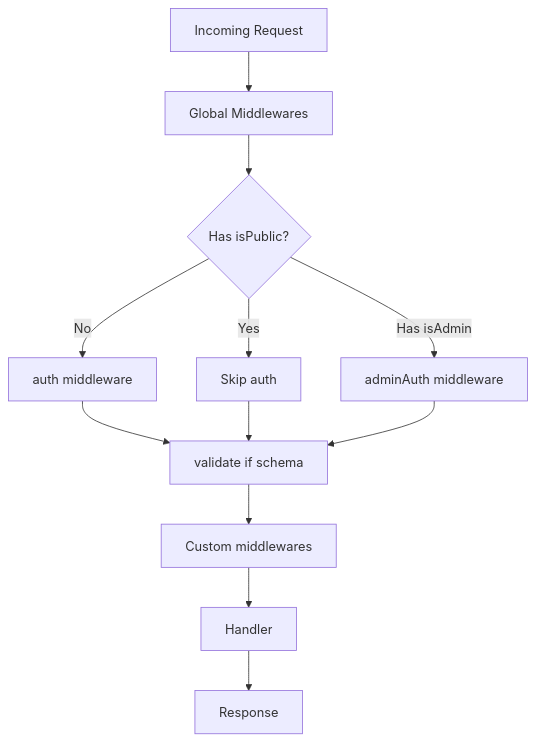
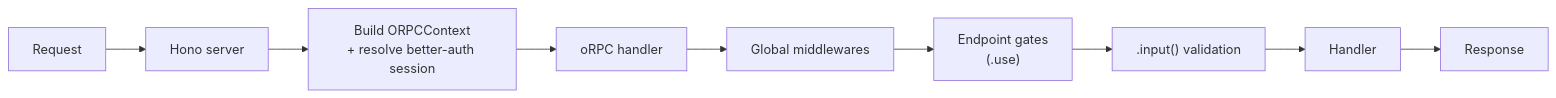
One commit to paralect/ship changed the diagram in docs/api-reference/routing/overview.mdx. Above: the diagram before and after it, drawn with Mermaid. The commit also changed other lines of this file and 601 other files, not shown here.

````diff
--- a/docs/api-reference/routing/overview.mdx
+++ b/docs/api-reference/routing/overview.mdx
@@ -9,14 +94,11 @@
 ```mermaid
-flowchart TD
-    A[Incoming Request] --> B[Global Middlewares]
-    B --> C{Has isPublic?}
-    C -->|Yes| D[Skip auth]
-    C -->|No| E[auth middleware]
-    C -->|Has isAdmin| F[adminAuth middleware]
-    E --> G[validate if schema]
-    D --> G
-    F --> G
-    G --> H[Custom middlewares]
-    H --> I[Handler]
-    I --> J[Response]
+flowchart LR
+  REQ[Request] --> HONO[Hono server]
+  HONO --> CTX["Build ORPCContext\n+ resolve better-auth session"]
+  CTX --> ORPC[oRPC handler]
+  ORPC --> GLOBAL[Global middlewares]
+  GLOBAL --> GATES["Endpoint gates\n(.use)"]
+  GATES --> VAL[".input() validation"]
+  VAL --> H[Handler]
+  H --> RES[Response]
 ```
````
